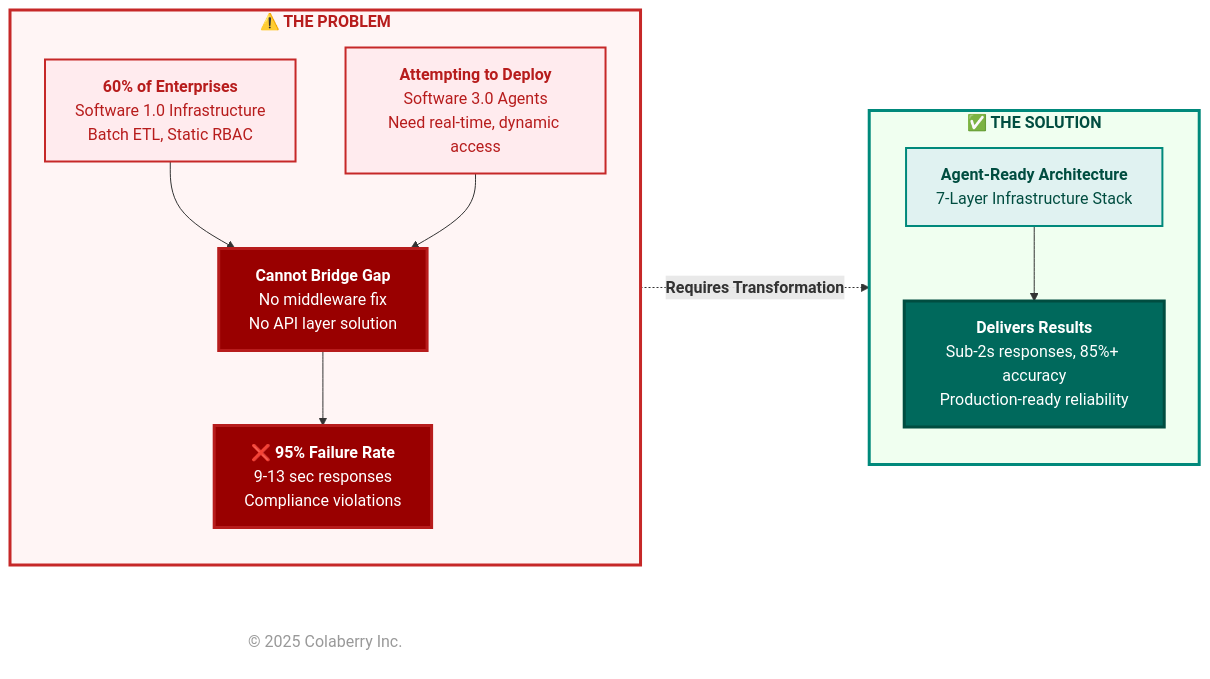
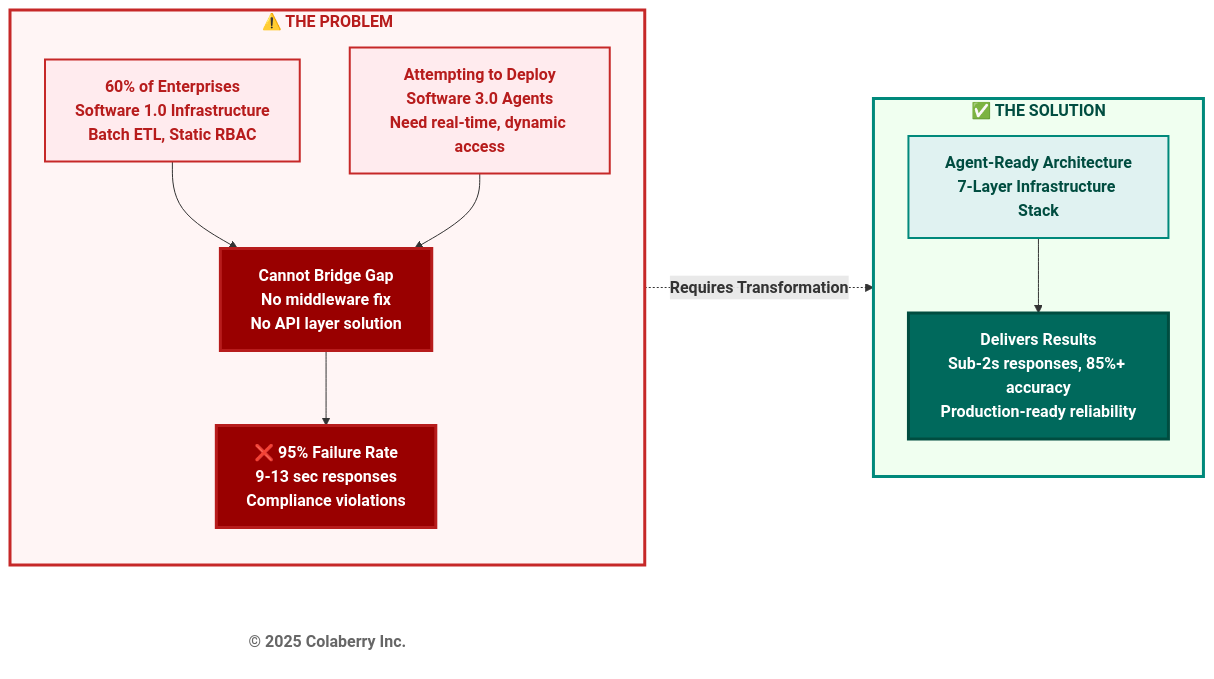
The second of 18 diagrams in chapter-01/chapter_1_complete.md (colaberry/enterprise-data-readiness-ai-agents), drawn with Mermaid before and after one commit. The commit also changed other lines of this file and 1 other file, not shown here.

First line of the commit message:
chapter 1 diagrams updated to mermaid codex

````diff
--- a/chapter-01/chapter_1_complete.md
+++ b/chapter-01/chapter_1_complete.md
@@ -203,47 +203,47 @@
 ```mermaid
 graph LR
     subgraph challenge["<b>⚠️  THE PROBLEM</b>"]
         direction TB
         
-        current["<b>60% of Enterprises</b><br/>Software 1.0 Infrastructure<br/>Batch ETL, Static RBAC"]
+        current["<b>60% of Enterprises</b><br/><b>Software 1.0 Infrastructure</b><br/><b>Batch ETL, Static RBAC</b>"]
         
-        attempting["<b>Attempting to Deploy</b><br/>Software 3.0 Agents<br/>Need real-time, dynamic access"]
+        attempting["<b>Attempting to Deploy</b><br/><b>Software 3.0 Agents</b><br/><b>Need real-time, dynamic access</b>"]
         
-        gap["<b>Cannot Bridge Gap</b><br/>No middleware fix<br/>No API layer solution"]
+        gap["<b>Cannot Bridge Gap</b><br/><b>No middleware fix</b><br/><b>No API layer solution</b>"]
         
-        result["<b>❌ 95% Failure Rate</b><br/>9-13 sec responses<br/>Compliance violations"]
+        result["<b>❌ 95% Failure Rate</b><br/><b>9-13 sec responses</b><br/><b>Compliance violations</b>"]
         
         current --> gap
         attempting --> gap
         gap --> result
     end
     
     subgraph solution["<b>✅  THE SOLUTION</b>"]
         direction TB
         
-        transform["<b>Agent-Ready Architecture</b><br/>7-Layer Infrastructure Stack"]
+        transform["<b>Agent-Ready Architecture</b><br/><b>7-Layer Infrastructure Stack</b>"]
         
-        delivers["<b>Delivers Results</b><br/>Sub-2s responses, 85%+ accuracy<br/>Production-ready reliability"]
+        delivers["<b>Delivers Results</b><br/><b>Sub-2s responses, 85%+ accuracy</b><br/><b>Production-ready reliability</b>"]
         
         transform --> delivers
     end
     
     result -.->|"<b>Requires Transformation</b>"| transform
 
     %% Styling - Problem (Red)
     style challenge fill:#fff5f5,stroke:#c62828,stroke-width:3px,color:#b71c1c
     style current fill:#ffebee,stroke:#c62828,stroke-width:2px,color:#b71c1c
     style attempting fill:#ffebee,stroke:#c62828,stroke-width:2px,color:#b71c1c
     style gap fill:#990000,color:#ffffff,stroke:#b71c1c,stroke-width:3px
     style result fill:#990000,color:#ffffff,stroke:#b71c1c,stroke-width:3px
     
     %% Styling - Solution (Teal)
     style solution fill:#f0fff0,stroke:#00897b,stroke-width:3px,color:#004d40
     style transform fill:#e0f2f1,stroke:#00897b,stroke-width:2px,color:#004d40
     style delivers fill:#00695c,color:#ffffff,stroke:#004d40,stroke-width:3px
 
     %% Copyright Notice
-    CR["© 2025 Colaberry Inc."]
-    style CR fill:none,stroke:none,color:#999999
+    CR["<b>© 2025 Colaberry Inc.</b>"]
+    style CR fill:#ffffff,stroke:none,color:#666666
 
 ```
````
